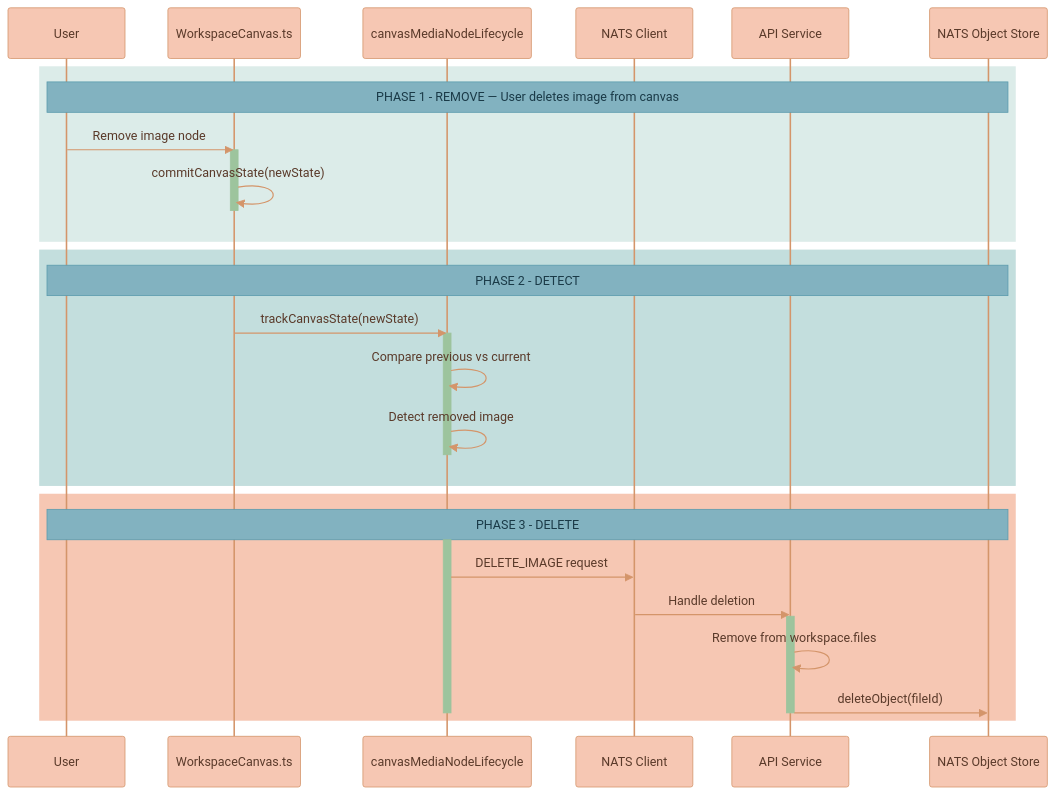
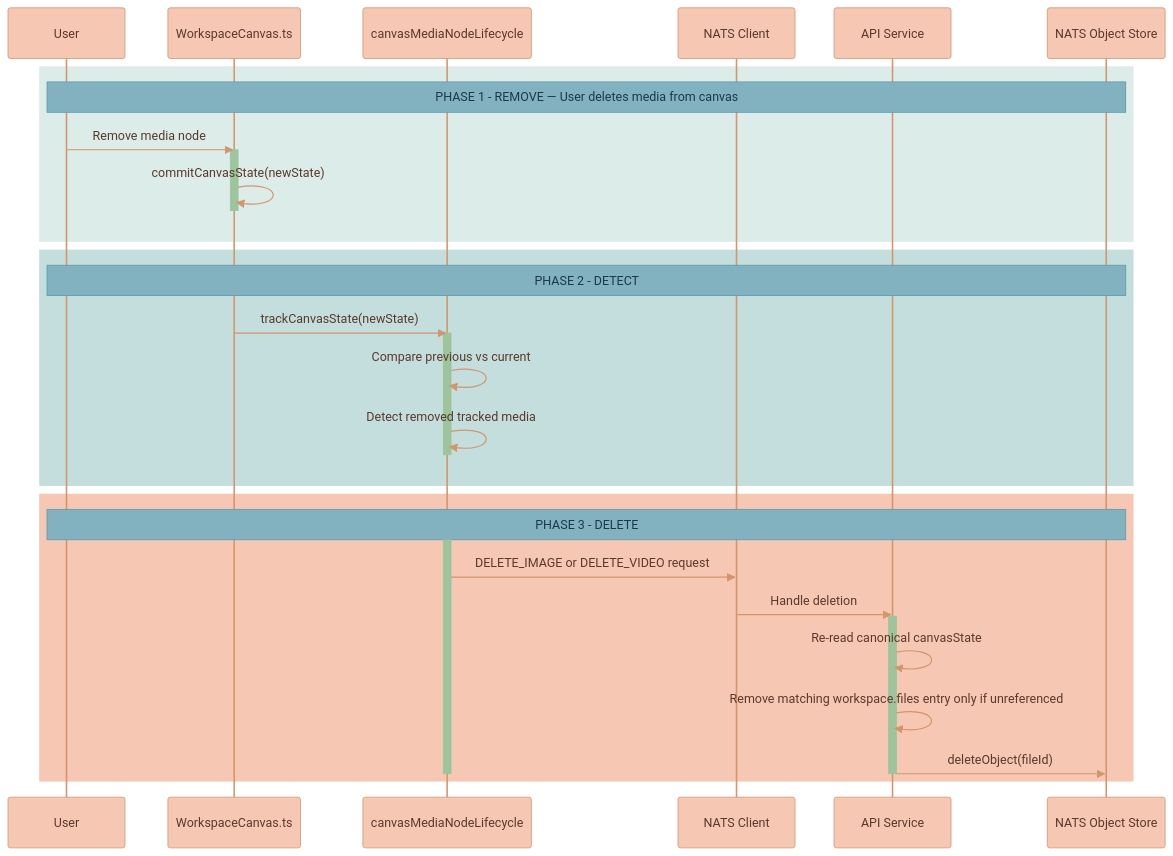
Before and after one commit to Lixpi/lixpi: the fourth of 6 diagrams in documentation/canvas/USER-FLOWS.md, drawn with Mermaid. The commit also changed other lines of this file and 15 other files, not shown here.

````diff
--- a/documentation/canvas/USER-FLOWS.md
+++ b/documentation/canvas/USER-FLOWS.md
@@ -183,47 +199,48 @@
 ```mermaid
 %%{init: {'theme': 'base', 'themeVariables': { 'noteBkgColor': '#82B2C0', 'noteTextColor': '#1a3a47', 'noteBorderColor': '#5a9aad', 'actorBkg': '#F6C7B3', 'actorBorder': '#d4956a', 'actorTextColor': '#5a3a2a', 'actorLineColor': '#d4956a', 'signalColor': '#d4956a', 'signalTextColor': '#5a3a2a', 'labelBoxBkgColor': '#F6C7B3', 'labelBoxBorderColor': '#d4956a', 'labelTextColor': '#5a3a2a', 'loopTextColor': '#5a3a2a', 'activationBorderColor': '#9DC49D', 'activationBkgColor': '#9DC49D', 'sequenceNumberColor': '#5a3a2a'}}}%%
 sequenceDiagram
     participant User
     participant Canvas as WorkspaceCanvas.ts
     participant Tracker as canvasMediaNodeLifecycle
     participant NATS as NATS Client
     participant API as API Service
     participant ObjStore as NATS Object Store
     %% ═══════════════════════════════════════════════════════════════
     %% PHASE 1: REMOVE
     %% ═══════════════════════════════════════════════════════════════
     rect rgb(220, 236, 233)
-        Note over User, ObjStore: PHASE 1 - REMOVE — User deletes image from canvas
-        User->>Canvas: Remove image node
+        Note over User, ObjStore: PHASE 1 - REMOVE — User deletes media from canvas
+        User->>Canvas: Remove media node
         activate Canvas
         Canvas->>Canvas: commitCanvasState(newState)
         deactivate Canvas
     end
 
     %% ═══════════════════════════════════════════════════════════════
     %% PHASE 2: DETECT
     %% ═══════════════════════════════════════════════════════════════
     rect rgb(195, 222, 221)
         Note over User, ObjStore: PHASE 2 - DETECT
         Canvas->>Tracker: trackCanvasState(newState)
         activate Tracker
         Tracker->>Tracker: Compare previous vs current
-        Tracker->>Tracker: Detect removed image
+        Tracker->>Tracker: Detect removed tracked media
         deactivate Tracker
     end
 
     %% ═══════════════════════════════════════════════════════════════
     %% PHASE 3: DELETE
     %% ═══════════════════════════════════════════════════════════════
     rect rgb(246, 199, 179)
         Note over User, ObjStore: PHASE 3 - DELETE
         activate Tracker
-        Tracker->>NATS: DELETE_IMAGE request
+        Tracker->>NATS: DELETE_IMAGE or DELETE_VIDEO request
         NATS->>API: Handle deletion
         activate API
-        API->>API: Remove from workspace.files
+        API->>API: Re-read canonical canvasState
+        API->>API: Remove matching workspace.files entry only if unreferenced
         API->>ObjStore: deleteObject(fileId)
         deactivate API
         deactivate Tracker
     end
 ```
````
